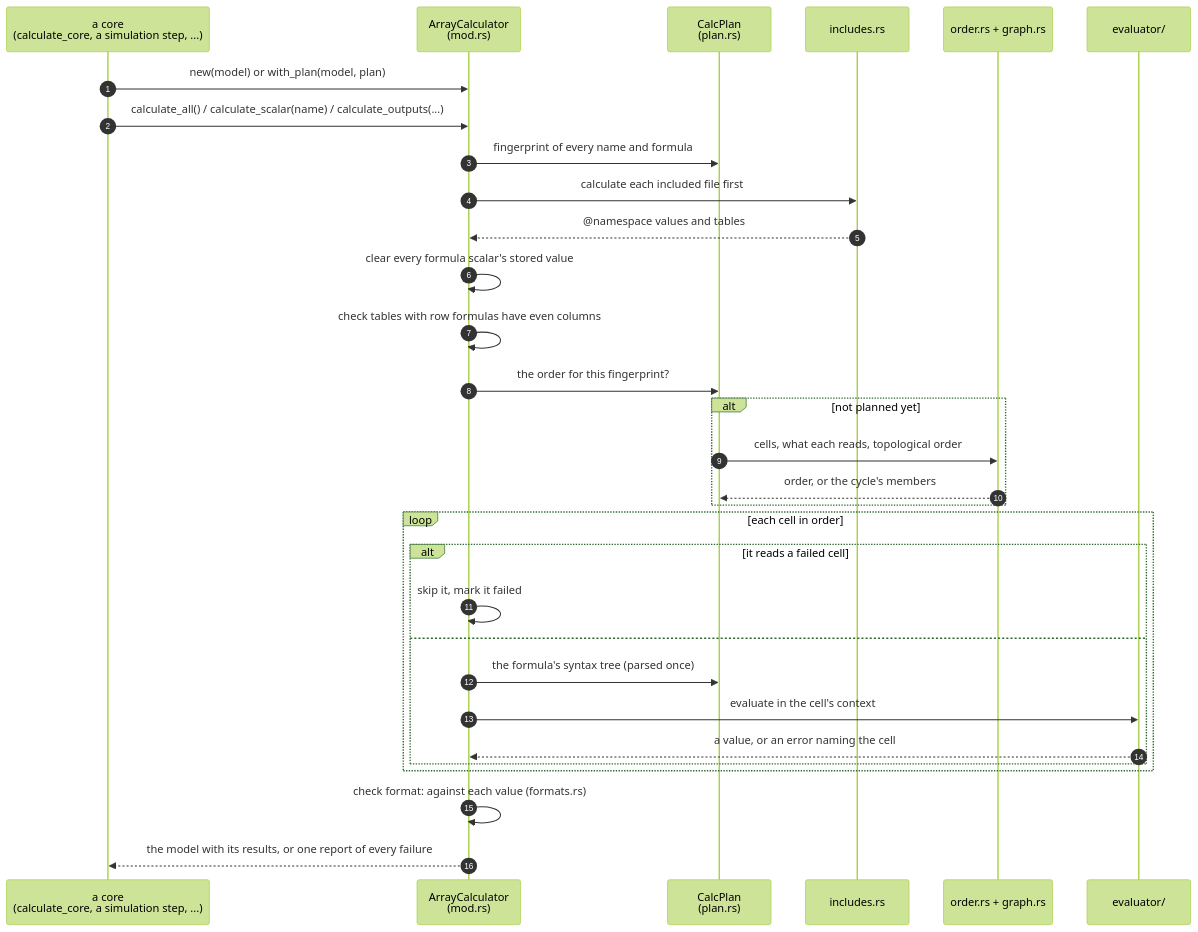
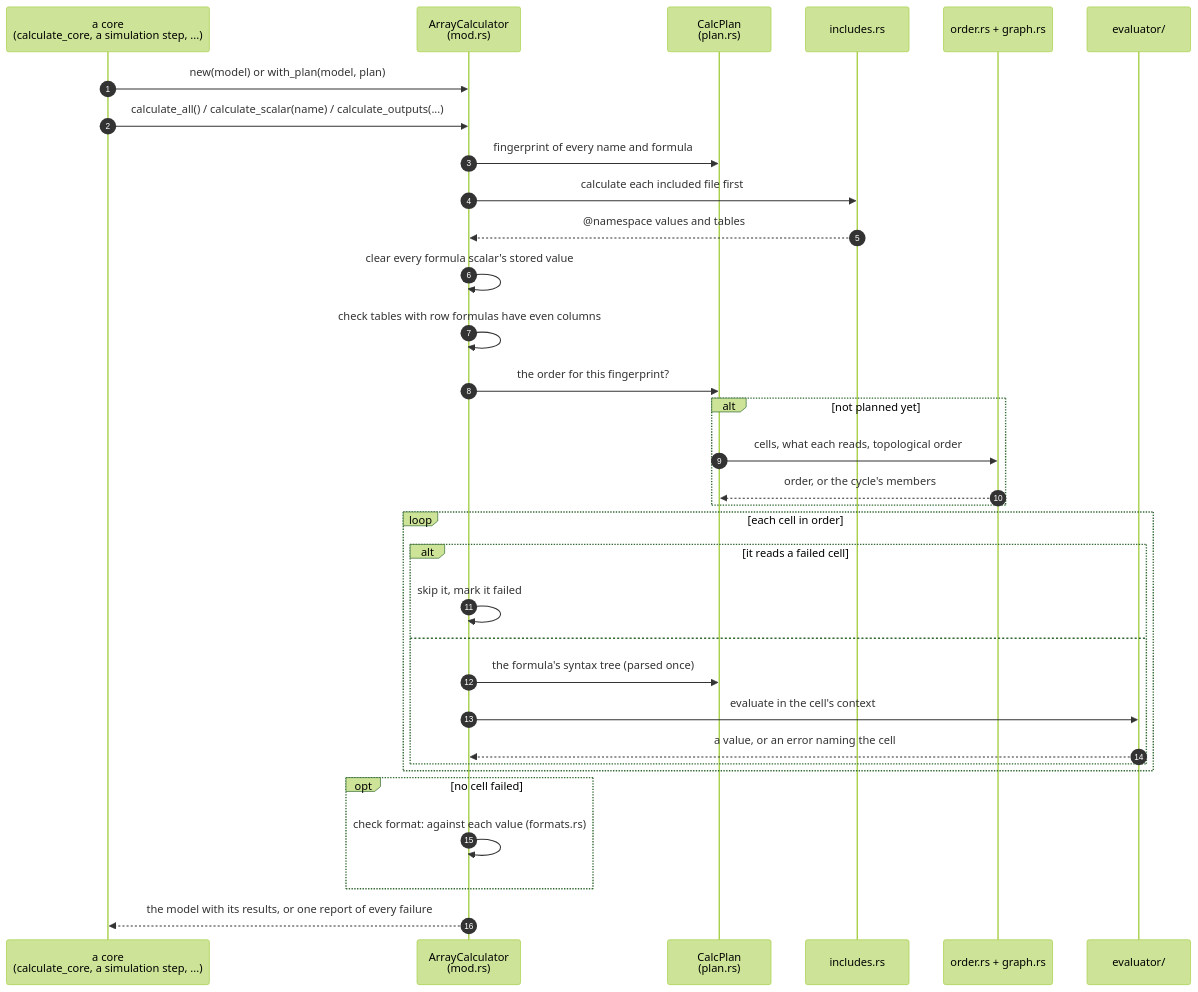
The first of 5 diagrams in docs/architecture/03-FORMULA-EVALUATION.md (mollendorff-ai/forge), drawn with Mermaid (forest theme) before and after one commit. The commit also changed other lines of this file and 6 other files, not shown here.

First line of the commit message:
Docs: architecture pages 00, 03, 05, 08 and 10 checked against the code

````diff
--- a/docs/architecture/03-FORMULA-EVALUATION.md
+++ b/docs/architecture/03-FORMULA-EVALUATION.md
@@ -9,34 +9,36 @@
 ```mermaid
 sequenceDiagram
     autonumber
     participant Caller as a core<br/>(calculate_core, a simulation step, ...)
     participant AC as ArrayCalculator<br/>(mod.rs)
     participant Plan as CalcPlan<br/>(plan.rs)
     participant Inc as includes.rs
     participant Ord as order.rs + graph.rs
     participant Ev as evaluator/
 
     Caller->>AC: new(model) or with_plan(model, plan)
     Caller->>AC: calculate_all() / calculate_scalar(name) / calculate_outputs(...)
     AC->>Plan: fingerprint of every name and formula
     AC->>Inc: calculate each included file first
     Inc-->>AC: @namespace values and tables
     AC->>AC: clear every formula scalar's stored value
     AC->>AC: check tables with row formulas have even columns
     AC->>Plan: the order for this fingerprint?
     alt not planned yet
         Plan->>Ord: cells, what each reads, topological order
         Ord-->>Plan: order, or the cycle's members
     end
     loop each cell in order
         alt it reads a failed cell
             AC->>AC: skip it, mark it failed
         else
             AC->>Plan: the formula's syntax tree (parsed once)
             AC->>Ev: evaluate in the cell's context
             Ev-->>AC: a value, or an error naming the cell
         end
     end
-    AC->>AC: check format: against each value (formats.rs)
+    opt no cell failed
+        AC->>AC: check format: against each value (formats.rs)
+    end
     AC-->>Caller: the model with its results, or one report of every failure
 ```
````
